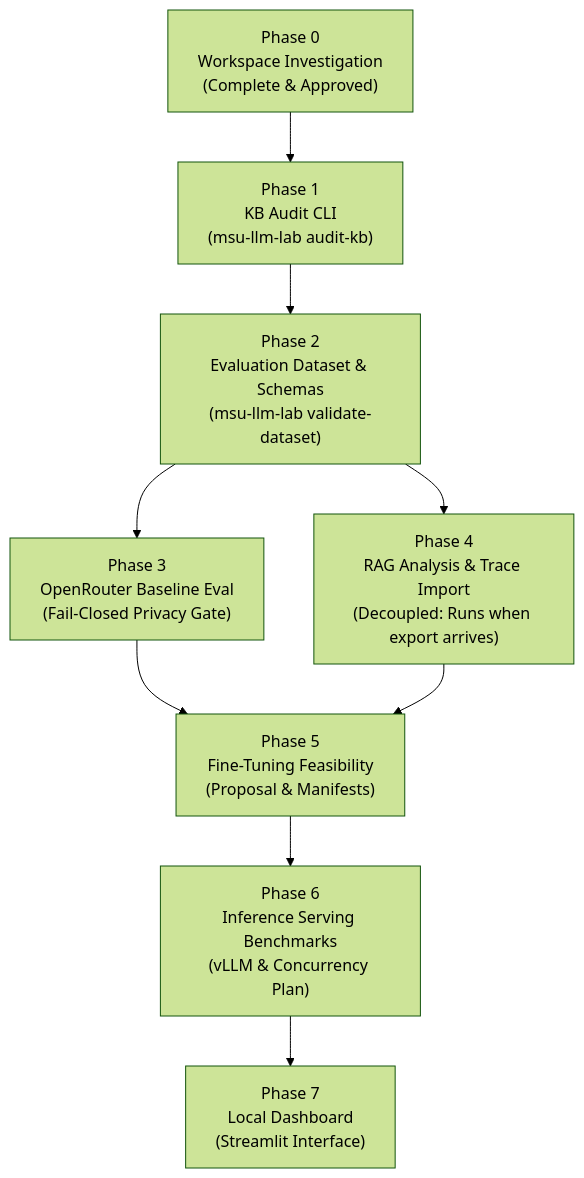
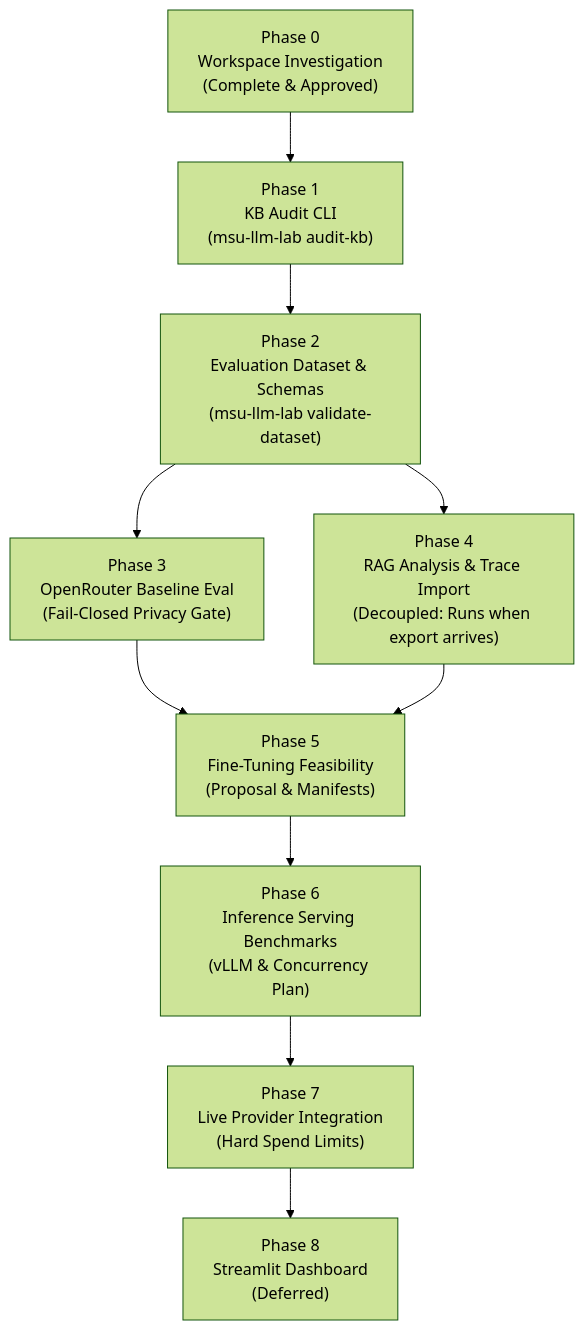
The diagram in docs/IMPLEMENTATION_PLAN.md (Sudharsanselvaraj/Model-Systems-Workbench), drawn with Mermaid (forest theme) before and after one commit. The commit also changed other lines of this file, not shown here.

Commit message:
docs: split phase 7 live integration from deferred phase 8 dashboard

````diff
--- a/docs/IMPLEMENTATION_PLAN.md
+++ b/docs/IMPLEMENTATION_PLAN.md
@@ -25,11 +25,12 @@
 ```mermaid
 graph TD
     P0["Phase 0<br/>Workspace Investigation<br/>(Complete & Approved)"] --> P1["Phase 1<br/>KB Audit CLI<br/>(msu-llm-lab audit-kb)"]
     P1 --> P2["Phase 2<br/>Evaluation Dataset & Schemas<br/>(msu-llm-lab validate-dataset)"]
     P2 --> P3["Phase 3<br/>OpenRouter Baseline Eval<br/>(Fail-Closed Privacy Gate)"]
     P2 --> P4["Phase 4<br/>RAG Analysis & Trace Import<br/>(Decoupled: Runs when export arrives)"]
     P3 --> P5["Phase 5<br/>Fine-Tuning Feasibility<br/>(Proposal & Manifests)"]
     P4 --> P5
     P5 --> P6["Phase 6<br/>Inference Serving Benchmarks<br/>(vLLM & Concurrency Plan)"]
-    P6 --> P7["Phase 7<br/>Local Dashboard<br/>(Streamlit Interface)"]
+    P6 --> P7["Phase 7<br/>Live Provider Integration<br/>(Hard Spend Limits)"]
+    P7 --> P8["Phase 8<br/>Streamlit Dashboard<br/>(Deferred)"]
 ```
````
